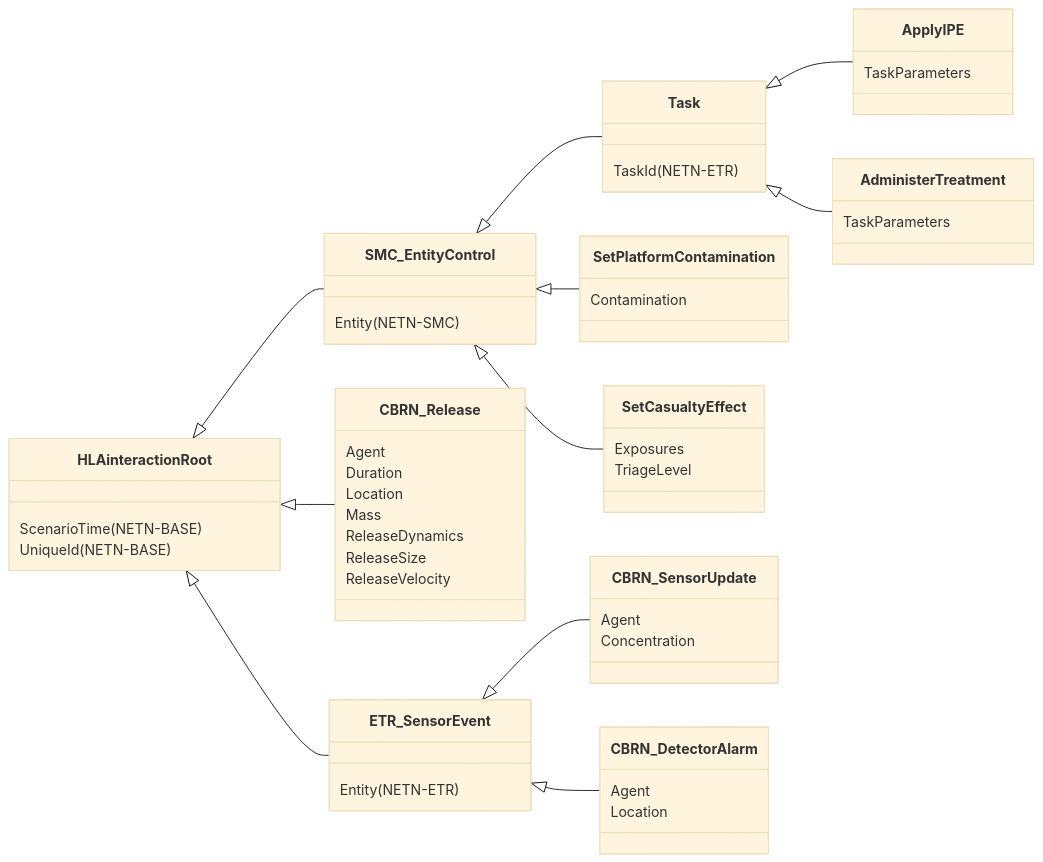
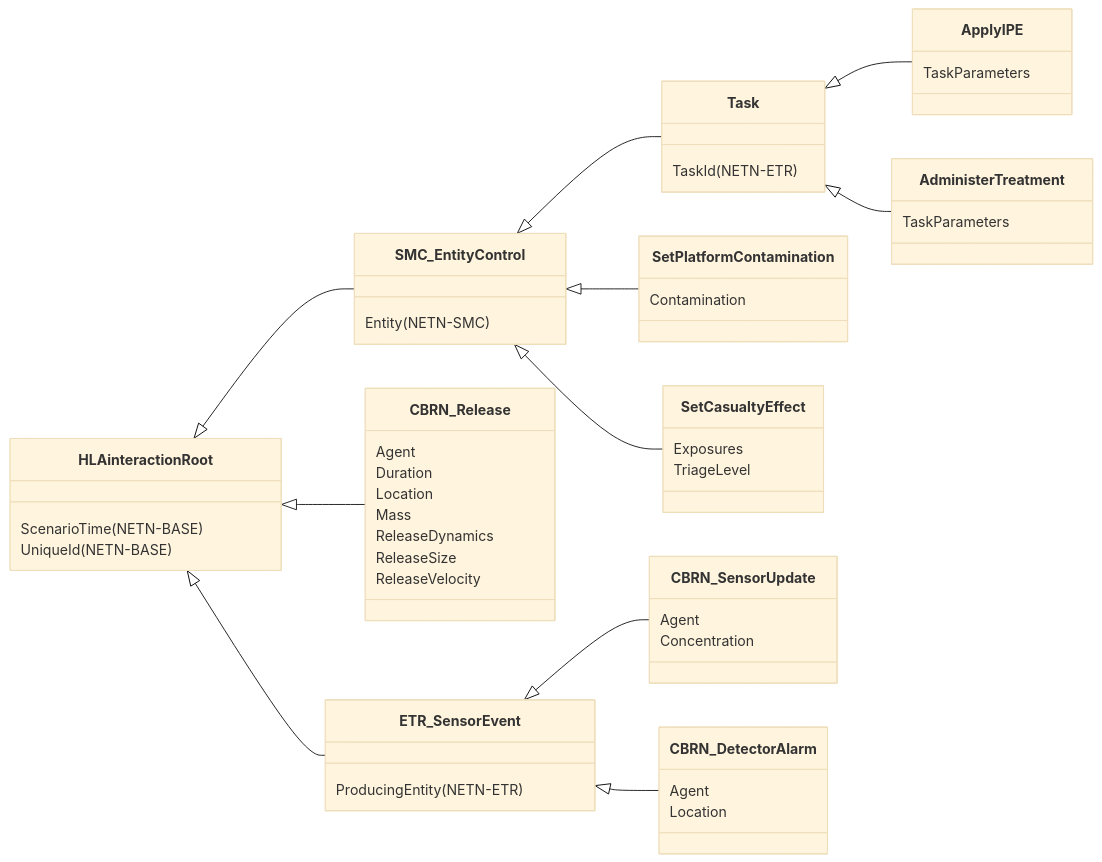
Before and after one commit to AMSP-04/NETN-CBRN: the second of 2 diagrams in NETN-CBRN.md, drawn with Mermaid (base theme). The commit also changed other lines of this file, not shown here.

````diff
--- a/NETN-CBRN.md
+++ b/NETN-CBRN.md
@@ -200,35 +200,35 @@
 ```mermaid
 classDiagram 
 direction LR
 HLAinteractionRoot <|-- SMC_EntityControl
 HLAinteractionRoot <|-- CBRN_Release
 HLAinteractionRoot <|-- ETR_SensorEvent
 HLAinteractionRoot : ScenarioTime(NETN-BASE)
 HLAinteractionRoot : UniqueId(NETN-BASE)
 SMC_EntityControl <|-- Task
 SMC_EntityControl <|-- SetPlatformContamination
 SMC_EntityControl <|-- SetCasualtyEffect
 SMC_EntityControl : Entity(NETN-SMC)
 Task <|-- ApplyIPE
 Task <|-- AdministerTreatment
 Task : TaskId(NETN-ETR)
 ApplyIPE : TaskParameters
 AdministerTreatment : TaskParameters
 SetPlatformContamination : Contamination
 SetCasualtyEffect : Exposures
 SetCasualtyEffect : TriageLevel
 CBRN_Release : Agent
 CBRN_Release : Duration
 CBRN_Release : Location
 CBRN_Release : Mass
 CBRN_Release : ReleaseDynamics
 CBRN_Release : ReleaseSize
 CBRN_Release : ReleaseVelocity
 ETR_SensorEvent <|-- CBRN_SensorUpdate
 ETR_SensorEvent <|-- CBRN_DetectorAlarm
-ETR_SensorEvent : Entity(NETN-ETR)
+ETR_SensorEvent : ProducingEntity(NETN-ETR)
 CBRN_SensorUpdate : Agent
 CBRN_SensorUpdate : Concentration
 CBRN_DetectorAlarm : Agent
 CBRN_DetectorAlarm : Location
 ```
````
